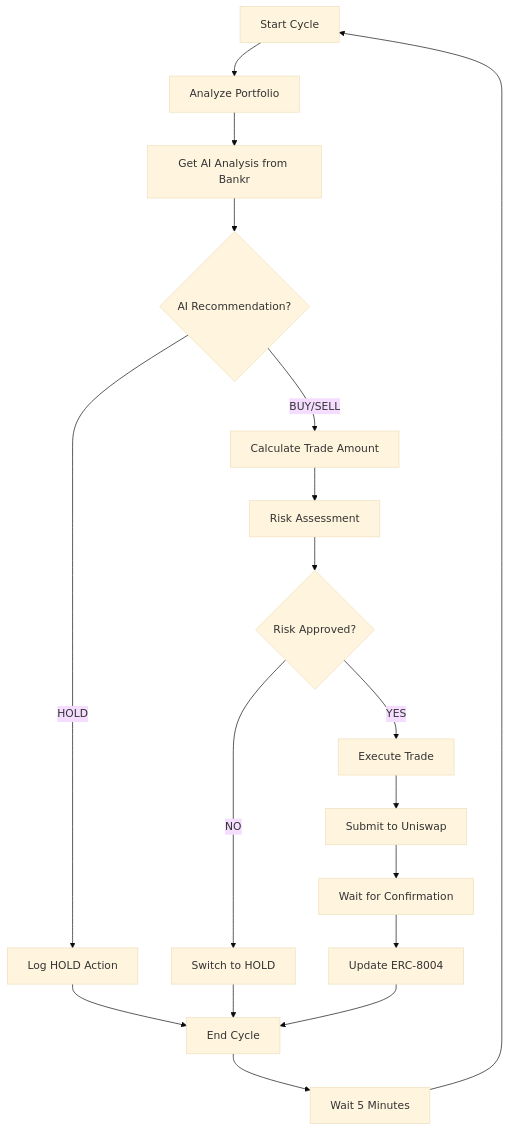
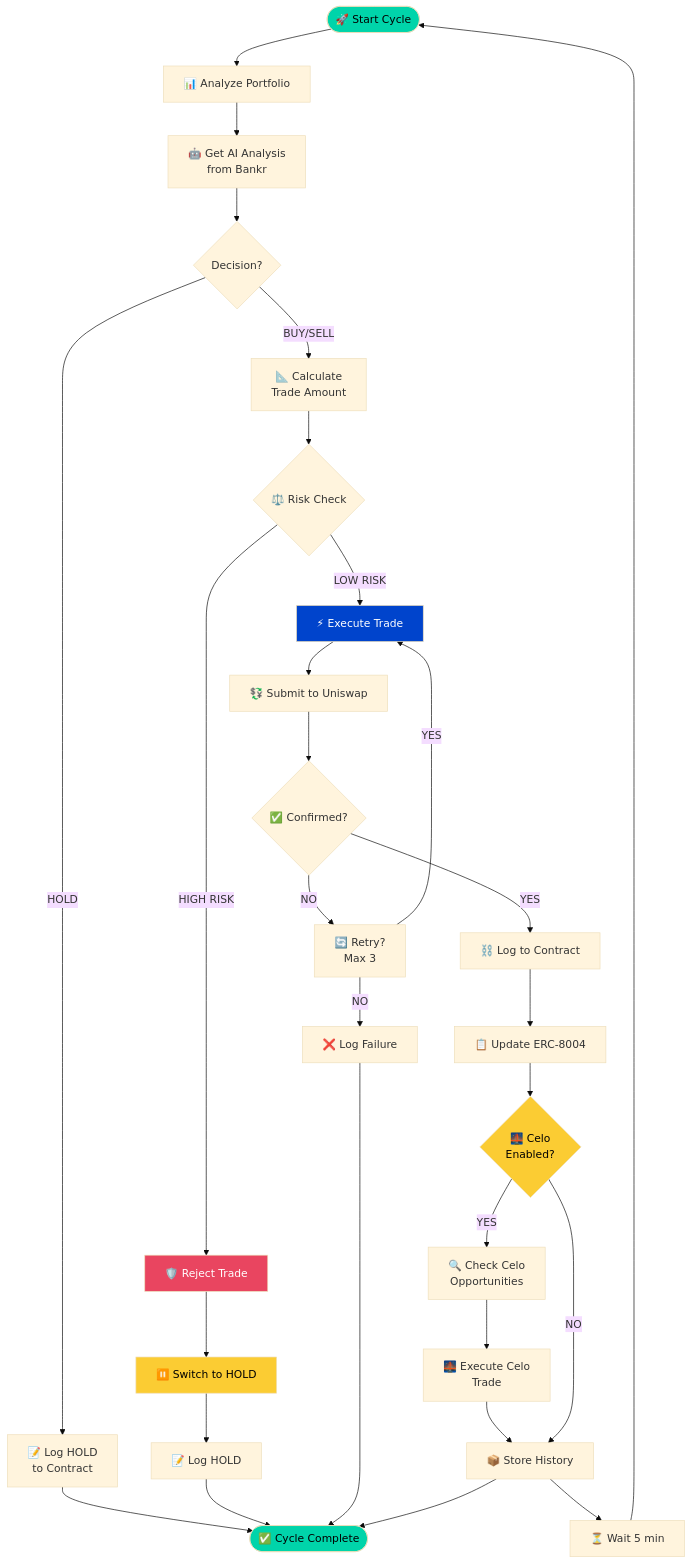
One commit to Moses-main/VeilTrader changed the seventh of 8 diagrams in README.md. Above: the diagram before and after it, drawn with Mermaid (base theme). The commit also changed other lines of this file, not shown here.

First line of the commit message:
docs: add comprehensive mermaid architecture diagrams

````diff
--- a/README.md
+++ b/README.md
@@ -155,26 +396,54 @@
 ```mermaid
 flowchart TD
-    A[Start Cycle] --> B[Analyze Portfolio]
-    B --> C[Get AI Analysis from Bankr]
-    C --> D{AI Recommendation?}
+    START([🚀 Start Cycle]) --> ANALYZE[📊 Analyze Portfolio]
     
-    D -->|HOLD| E[Log HOLD Action]
-    D -->|BUY/SELL| F[Calculate Trade Amount]
+    ANALYZE --> AI[🤖 Get AI Analysis<br/>from Bankr]
     
-    F --> G[Risk Assessment]
-    G --> H{Risk Approved?}
+    AI --> DECIDE{Decision?}
     
-    H -->|NO| I[Switch to HOLD]
-    H -->|YES| J[Execute Trade]
+    DECIDE -->|HOLD| HOLD_LOG[📝 Log HOLD<br/>to Contract]
+    HOLD_LOG --> END
     
-    J --> K[Submit to Uniswap]
-    K --> L[Wait for Confirmation]
-    L --> M[Update ERC-8004]
+    DECIDE -->|BUY/SELL| CALC[📐 Calculate<br/>Trade Amount]
     
-    E --> N[End Cycle]
-    I --> N
-    M --> N
+    CALC --> RISK{⚖️ Risk Check}
     
-    N --> O[Wait 5 Minutes]
-    O --> A
+    RISK -->|LOW RISK| EXEC[⚡ Execute Trade]
+    RISK -->|HIGH RISK| REJECT[🛡️ Reject Trade]
+    
+    REJECT --> HOLD[⏸️ Switch to HOLD]
+    HOLD --> HOLD_LOG2[📝 Log HOLD]
+    HOLD_LOG2 --> END
+    
+    EXEC --> UNISWAP[💱 Submit to Uniswap]
+    UNISWAP --> CONFIRM{✅ Confirmed?}
+    
+    CONFIRM -->|YES| ONCHAIN[⛓️ Log to Contract]
+    CONFIRM -->|NO| RETRY[🔄 Retry?<br/>Max 3]
+    
+    RETRY -->|YES| EXEC
+    RETRY -->|NO| FAIL[❌ Log Failure]
+    FAIL --> END
+    
+    ONCHAIN --> ERC8004[📋 Update ERC-8004]
+    ERC8004 --> CELO{🌉 Celo<br/>Enabled?}
+    
+    CELO -->|YES| CELO_CHECK[🔍 Check Celo<br/>Opportunities]
+    CELO_CHECK --> CELO_EXEC[🌉 Execute Celo<br/>Trade]
+    CELO_EXEC --> STORAGE[📦 Store History]
+    
+    CELO -->|NO| STORAGE
+    
+    STORAGE --> END([✅ Cycle Complete])
+    
+    STORAGE --> WAIT[⏳ Wait 5 min]
+    WAIT --> START
+    
+    %% Styling
+    style START fill:#00d4aa,color:#000
+    style END fill:#00d4aa,color:#000
+    style EXEC fill:#0044cc,color:#fff
+    style HOLD fill:#fbcc33,color:#000
+    style REJECT fill:#e94560,color:#fff
+    style CELO fill:#fbcc33,color:#000
 ```
````
